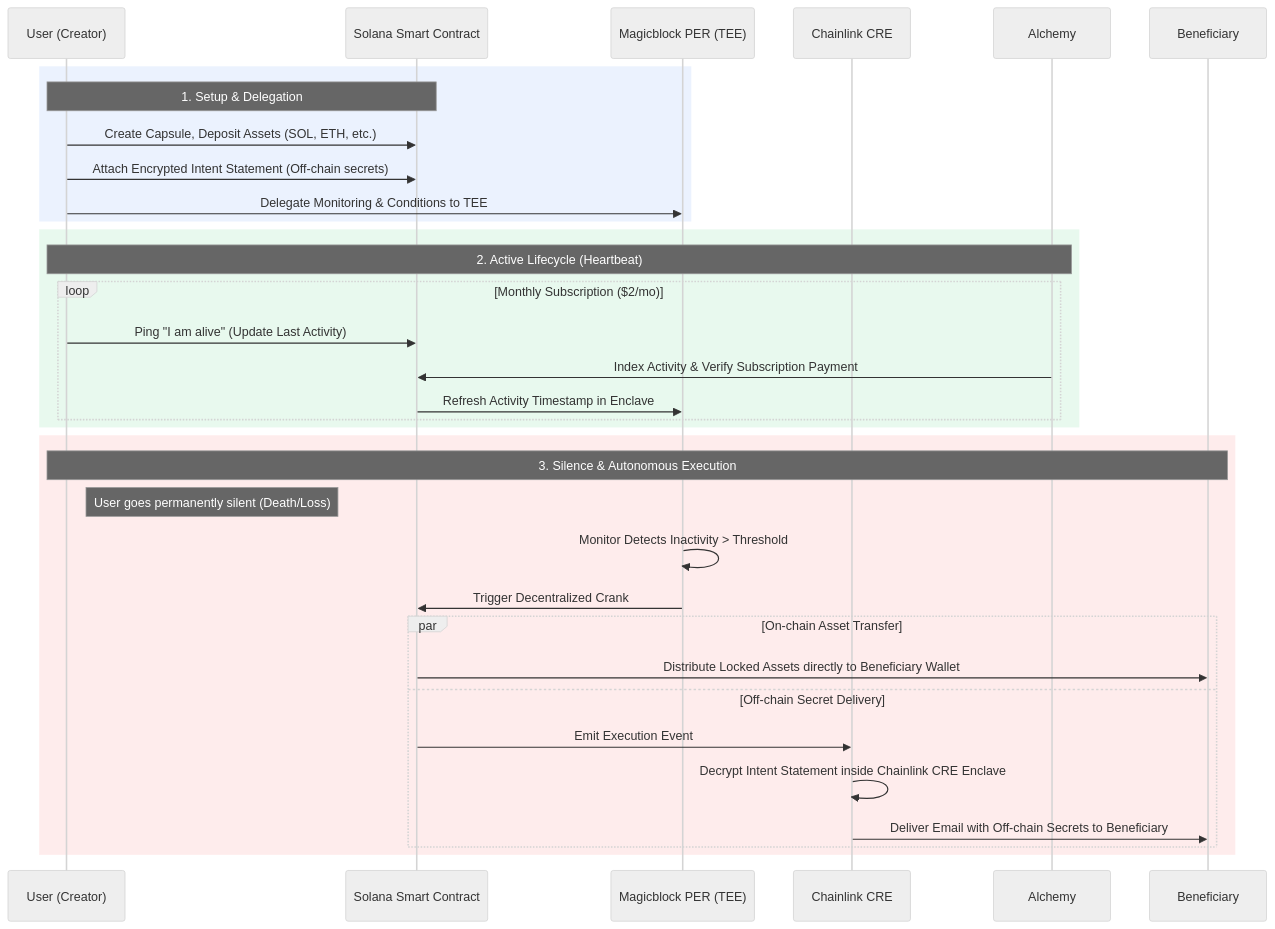
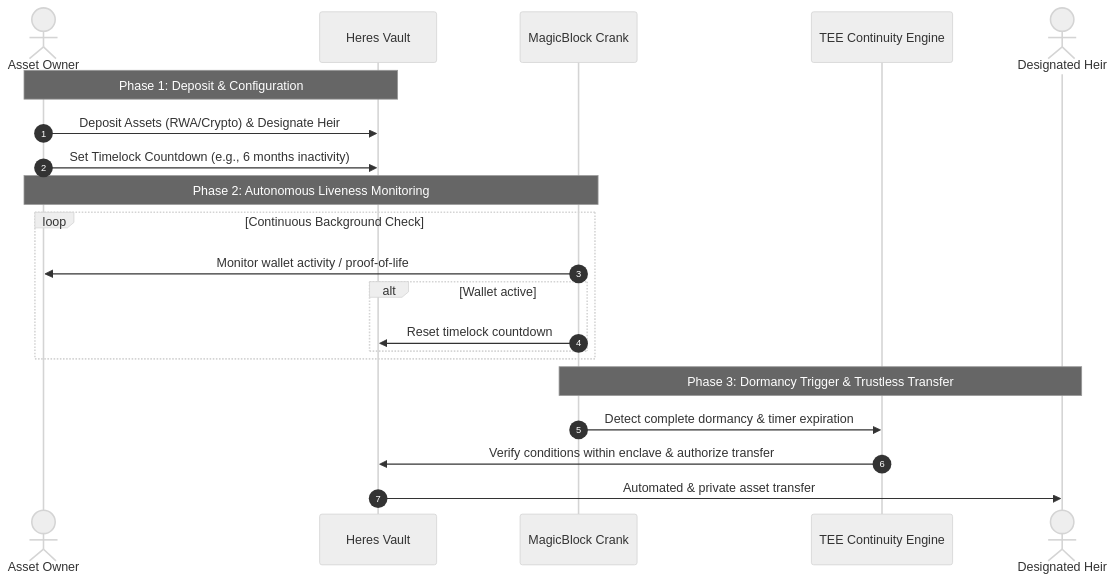
The diagram in README.md (HeresProtocol/Heres-Protocol), drawn with Mermaid (neutral theme) before and after one commit. The commit also changed other lines of this file, not shown here.

````diff
--- a/README.md
+++ b/README.md
@@ -106,43 +21,23 @@
 ```mermaid
 sequenceDiagram
-    participant U as User (Creator)
-    participant S as Solana Smart Contract
-    participant T as Magicblock PER (TEE)
-    participant C as Chainlink CRE
-    participant A as Alchemy
-    participant B as Beneficiary
-    
-    %% Setup Phase
-    rect rgba(59, 130, 246, 0.1)
-        Note over U, S: 1. Setup & Delegation
-        U->>S: Create Capsule, Deposit Assets (SOL, ETH, etc.)
-        U->>S: Attach Encrypted Intent Statement (Off-chain secrets)
-        U->>T: Delegate Monitoring & Conditions to TEE
-    end
-    
-    %% Active Phase
-    rect rgba(34, 197, 94, 0.1)
-        Note over U, A: 2. Active Lifecycle (Heartbeat)
-        loop Monthly Subscription ($2/mo)
-            U->>S: Ping "I am alive" (Update Last Activity)
-            A->>S: Index Activity & Verify Subscription Payment
-            S->>T: Refresh Activity Timestamp in Enclave
+    autonumber
+    actor Owner as Asset Owner
+    participant Vault as Heres Vault
+    participant Crank as MagicBlock Crank
+    participant TEE as TEE Continuity Engine
+    actor Heir as Designated Heir
+    Note over Owner, Vault: Phase 1: Deposit & Configuration
+    Owner->>Vault: Deposit Assets (RWA/Crypto) & Designate Heir
+    Owner->>Vault: Set Timelock Countdown (e.g., 6 months inactivity)
+    Note over Owner, Crank: Phase 2: Autonomous Liveness Monitoring
+    loop Continuous Background Check
+        Crank->>Owner: Monitor wallet activity / proof-of-life
+        alt Wallet active
+            Crank->>Vault: Reset timelock countdown
         end
     end
-    
-    %% Execution Phase
-    rect rgba(239, 68, 68, 0.1)
-        Note over U, B: 3. Silence & Autonomous Execution
-        Note right of U: User goes permanently silent (Death/Loss)
-        T->>T: Monitor Detects Inactivity > Threshold
-        T->>S: Trigger Decentralized Crank
-        
-        par On-chain Asset Transfer
-            S->>B: Distribute Locked Assets directly to Beneficiary Wallet
-        and Off-chain Secret Delivery
-            S->>C: Emit Execution Event
-            C->>C: Decrypt Intent Statement inside Chainlink CRE Enclave
-            C->>B: Deliver Email with Off-chain Secrets to Beneficiary
-        end
-    end
+    Note over Crank, Heir: Phase 3: Dormancy Trigger & Trustless Transfer
+    Crank->>TEE: Detect complete dormancy & timer expiration
+    TEE->>Vault: Verify conditions within enclave & authorize transfer
+    Vault->>Heir: Automated & private asset transfer
 ```
````
